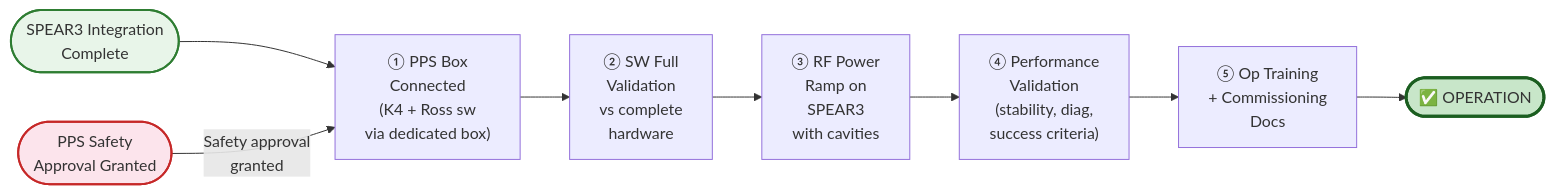
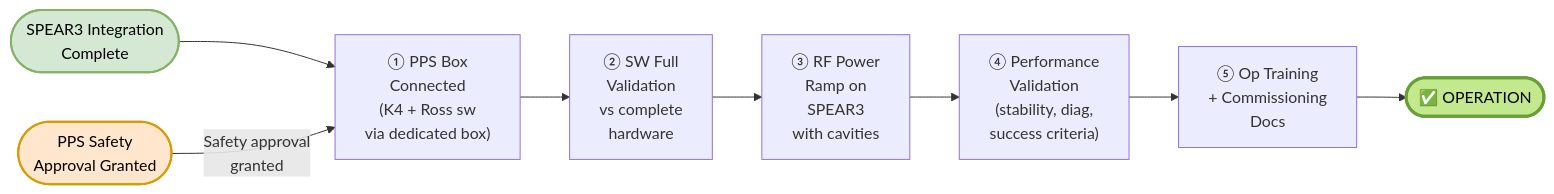
The seventh of 10 diagrams in Designs/ProjectPath_Diagrams.md (fayaw/spearlegacyLLRF), drawn with Mermaid before and after one commit. The commit also changed other lines of this file, not shown here.

First line of the commit message:
Improve project path diagrams: fix colors, timeline, and font sizes

````diff
--- a/Designs/ProjectPath_Diagrams.md
+++ b/Designs/ProjectPath_Diagrams.md
@@ -344,20 +347,20 @@
 ```mermaid
 flowchart LR
     SP4_OUT(["SPEAR3 Integration<br/>Complete"])
     PPS_OK(["PPS Safety<br/>Approval Granted"])
 
     FC1["① PPS Box<br/>Connected<br/>(K4 + Ross sw<br/>via dedicated box)"]
     FC2["② SW Full<br/>Validation<br/>vs complete<br/>hardware"]
     FC3["③ RF Power<br/>Ramp on<br/>SPEAR3<br/>with cavities"]
     FC4["④ Performance<br/>Validation<br/>(stability, diag,<br/>success criteria)"]
     FC5["⑤ Op Training<br/>+ Commissioning<br/>Docs"]
     FC6(["✅ OPERATION"])
 
     SP4_OUT --> FC1
     PPS_OK -->|"Safety approval<br/>granted"| FC1
     FC1 --> FC2 --> FC3 --> FC4 --> FC5 --> FC6
 
-    style FC6 fill:#c8e6c9,stroke:#1b5e20,stroke-width:3px
-    style PPS_OK fill:#fce4ec,stroke:#c62828,stroke-width:2px
-    style SP4_OUT fill:#e8f5e9,stroke:#2e7d32,stroke-width:2px
+    style FC6 fill:#c3e88d,stroke:#689f38,stroke-width:3px,color:#000000
+    style PPS_OK fill:#ffe6cc,stroke:#d79b00,stroke-width:2px,color:#000000
+    style SP4_OUT fill:#d5e8d4,stroke:#82b366,stroke-width:2px,color:#000000
 ```
````
